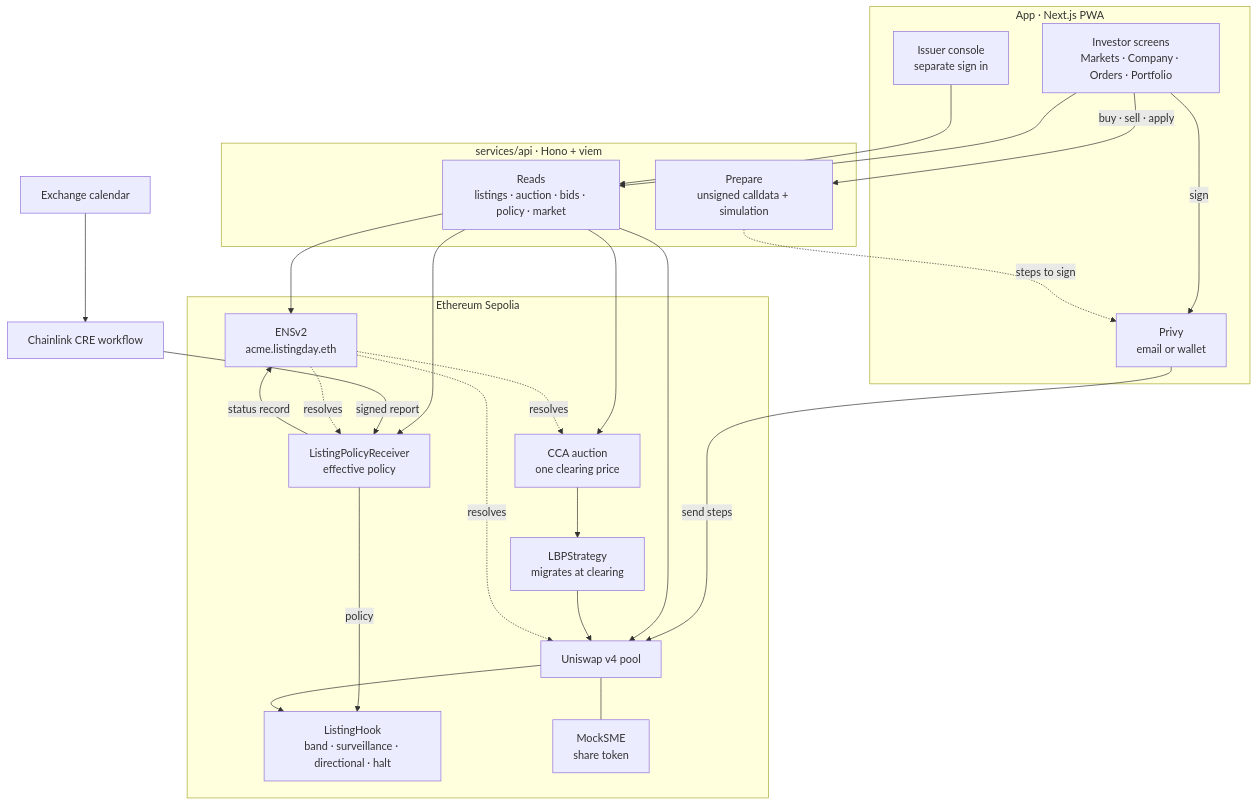
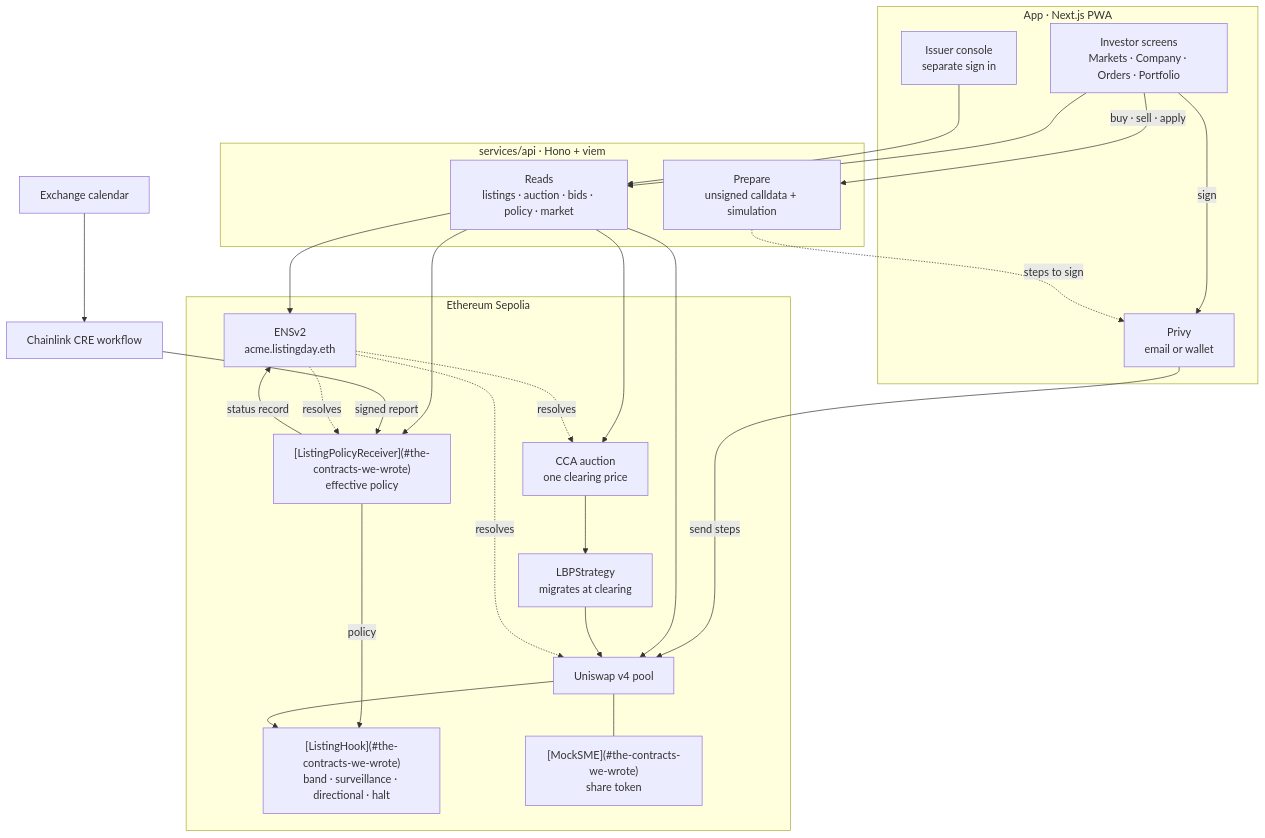
One commit to AyushBherwani1998/eth-global-mumbai changed the diagram in README.md. Above: the diagram before and after it, drawn with Mermaid. The commit also changed other lines of this file and 36 other files, not shown here.

````diff
--- a/README.md
+++ b/README.md
@@ -231,51 +260,51 @@
 ```mermaid
 flowchart TB
   subgraph client["App · Next.js PWA"]
     inv["Investor screens<br/>Markets · Company · Orders · Portfolio"]
     con["Issuer console<br/>separate sign in"]
     privy["Privy<br/>email or wallet"]
   end
 
   subgraph server["services/api · Hono + viem"]
     reads["Reads<br/>listings · auction · bids · policy · market"]
     prep["Prepare<br/>unsigned calldata + simulation"]
   end
 
   subgraph chain["Ethereum Sepolia"]
     ens["ENSv2<br/>acme.listingday.eth"]
     cca["CCA auction<br/>one clearing price"]
     lbp["LBPStrategy<br/>migrates at clearing"]
     pool["Uniswap v4 pool"]
-    hook["ListingHook<br/>band · surveillance · directional · halt"]
-    recv["ListingPolicyReceiver<br/>effective policy"]
-    token["MockSME<br/>share token"]
+    hook["[ListingHook](#the-contracts-we-wrote)<br/>band · surveillance · directional · halt"]
+    recv["[ListingPolicyReceiver](#the-contracts-we-wrote)<br/>effective policy"]
+    token["[MockSME](#the-contracts-we-wrote)<br/>share token"]
   end
 
   cre["Chainlink CRE workflow"]
   cal["Exchange calendar"]
 
   inv --> reads
   con --> reads
   inv -- "sign" --> privy
   privy -- "send steps" --> pool
   inv -- "buy · sell · apply" --> prep
   prep -. "steps to sign" .-> privy
 
   reads --> ens
   reads --> cca
   reads --> pool
   reads --> recv
 
   cal --> cre
   cre -- "signed report" --> recv
   recv -- "policy" --> hook
   recv -- "status record" --> ens
 
   cca --> lbp
   lbp --> pool
   pool --> hook
   pool --- token
   ens -. "resolves" .-> cca
   ens -. "resolves" .-> pool
   ens -. "resolves" .-> recv
 ```
````
